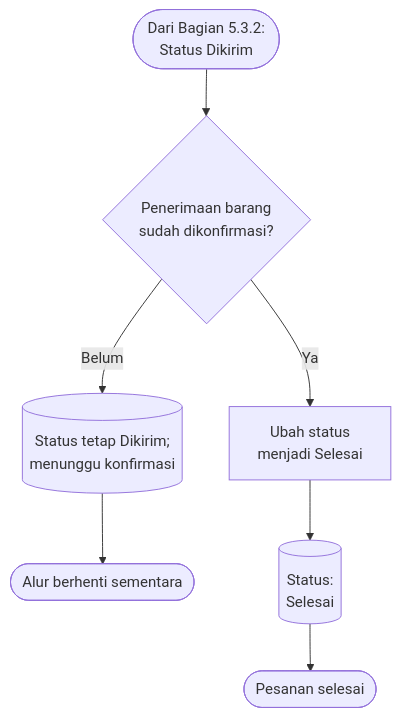
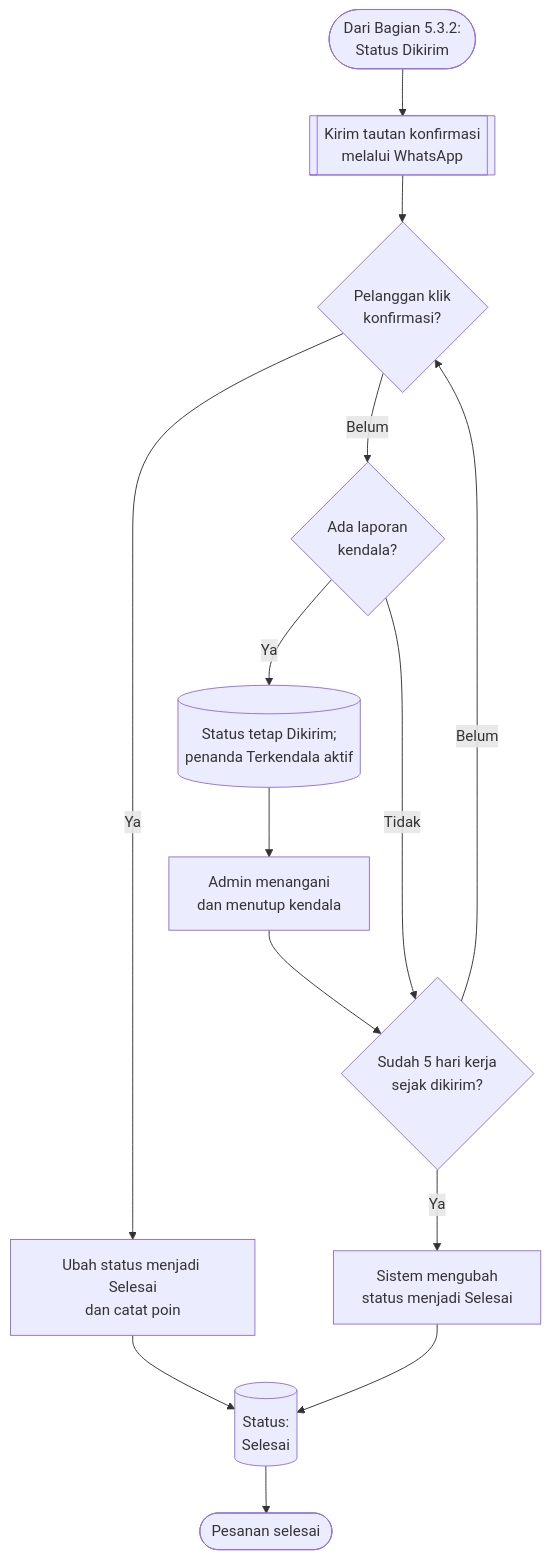
One commit to Webekspres/pixel-komunika changed the seventh of 9 diagrams in docs/client/DOKUMEN_REVIEW_DAN_PERSETUJUAN_KLIEN.md. Above: the diagram before and after it, drawn with Mermaid. The commit also changed other lines of this file and 9 other files, not shown here.

````diff
--- a/docs/client/DOKUMEN_REVIEW_DAN_PERSETUJUAN_KLIEN.md
+++ b/docs/client/DOKUMEN_REVIEW_DAN_PERSETUJUAN_KLIEN.md
@@ -286,9 +299,16 @@
 ```mermaid
 flowchart TD
-    A(["Dari Bagian 5.3.2:<br/>Status Dikirim"]) --> B{"Penerimaan barang<br/>sudah dikonfirmasi?"}
-    B -->|Belum| C[("Status tetap Dikirim;<br/>menunggu konfirmasi")]
-    C --> D(["Alur berhenti sementara"])
-    B -->|Ya| E["Ubah status<br/>menjadi Selesai"]
-    E --> F[("Status:<br/>Selesai")]
-    F --> G(["Pesanan selesai"])
+    A(["Dari Bagian 5.3.2:<br/>Status Dikirim"]) --> B[["Kirim tautan konfirmasi<br/>melalui WhatsApp"]]
+    B --> C{"Pelanggan klik<br/>konfirmasi?"}
+    C -->|Ya| D["Ubah status menjadi Selesai<br/>dan catat poin"]
+    C -->|Belum| E{"Ada laporan<br/>kendala?"}
+    E -->|Ya| F[("Status tetap Dikirim;<br/>penanda Terkendala aktif")]
+    F --> G["Admin menangani<br/>dan menutup kendala"]
+    G --> H{"Sudah 5 hari kerja<br/>sejak dikirim?"}
+    E -->|Tidak| H
+    H -->|Belum| C
+    H -->|Ya| I["Sistem mengubah<br/>status menjadi Selesai"]
+    D --> J[("Status:<br/>Selesai")]
+    I --> J
+    J --> K(["Pesanan selesai"])
 ```
````
